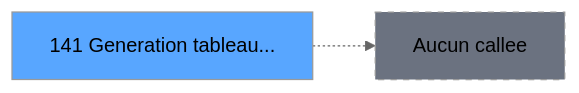
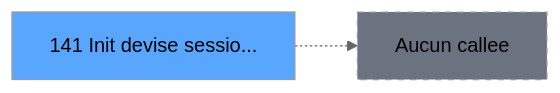
The third of 3 diagrams in .openspec/specs/ADH-IDE-141.md (thonyAGP/lecteur-magic), drawn with Mermaid (neutral theme) before and after one commit. The commit also changed other lines of this file and 493 other files, not shown here.

````diff
--- a/.openspec/specs/ADH-IDE-141.md
+++ b/.openspec/specs/ADH-IDE-141.md
@@ -305,8 +210,8 @@
 ```mermaid
 graph LR
-    T141[141 Generation tableau...]
+    T141[141 Init devise sessio...]
     style T141 fill:#58a6ff
     NONE[Aucun callee]
     T141 -.-> NONE
     style NONE fill:#6b7280,stroke-dasharray: 5 5
 ```
````
